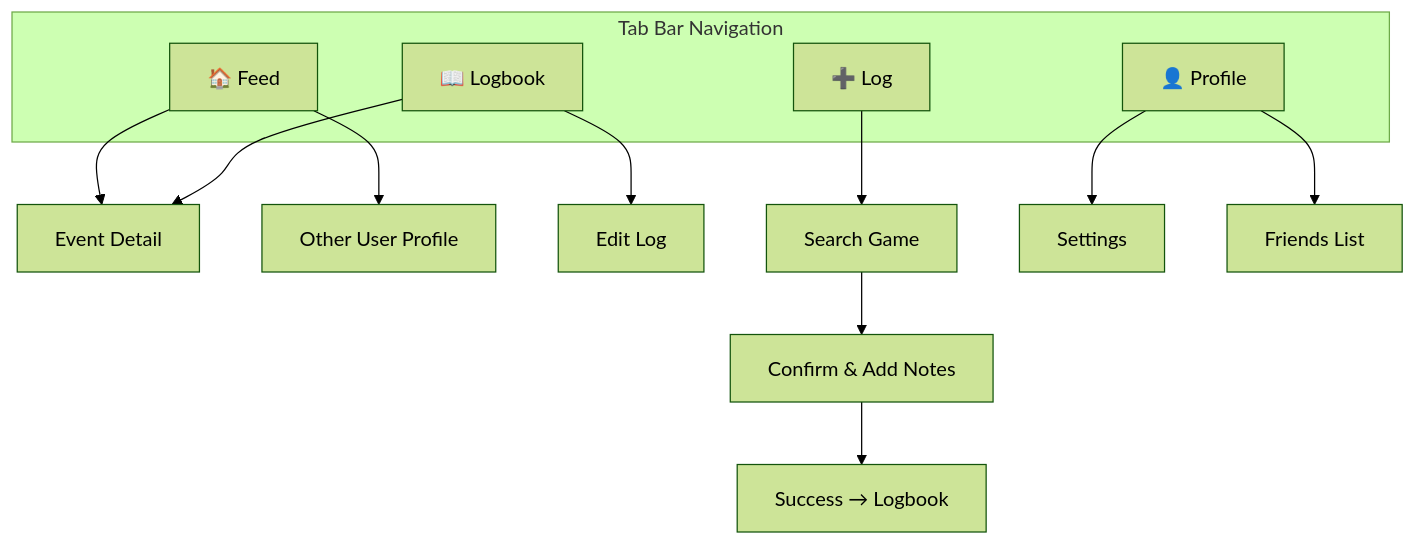
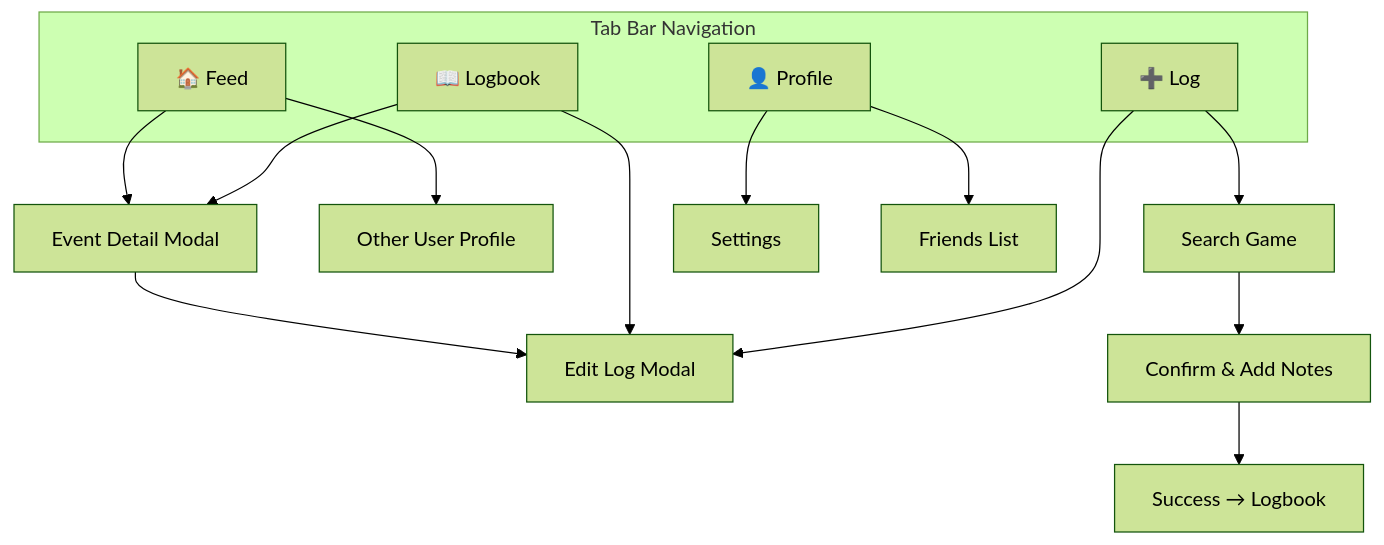
The first of 3 diagrams in docs/UI_AND_FLOWS.md (jonahr4/LogIt), drawn with Mermaid (forest theme) before and after one commit. The commit also changed other lines of this file and 6 other files, not shown here.

Commit message:
Added edit and create modal

````diff
--- a/docs/UI_AND_FLOWS.md
+++ b/docs/UI_AND_FLOWS.md
@@ -8,19 +8,21 @@
 ```mermaid
 graph TB
     subgraph Tabs["Tab Bar Navigation"]
         Feed["🏠 Feed"]
         Logbook["📖 Logbook"]
         AddLog["➕ Log"]
         Profile["👤 Profile"]
     end
 
-    Feed --> EventDetail["Event Detail"]
+    Feed --> EventDetail["Event Detail Modal"]
     Feed --> UserProfile["Other User Profile"]
+    EventDetail --> EditLogModal["Edit Log Modal"]
     Logbook --> EventDetail
-    Logbook --> EditLog["Edit Log"]
+    Logbook --> EditLogModal
+    AddLog --> EditLogModal
     AddLog --> SearchGame["Search Game"]
     SearchGame --> ConfirmLog["Confirm & Add Notes"]
     ConfirmLog --> LogSuccess["Success → Logbook"]
     Profile --> Settings["Settings"]
     Profile --> FriendsList["Friends List"]
 ```
````
